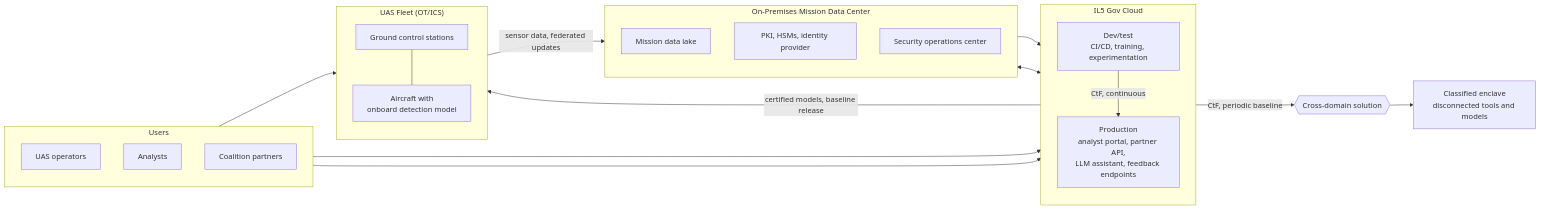
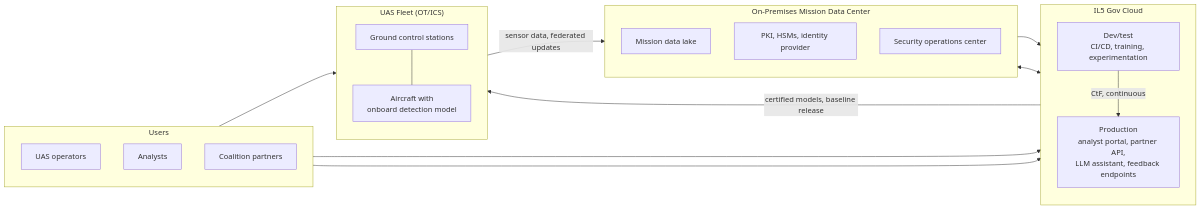
One commit to jessestarkey/Kestrel changed the diagram in README.md. Above: the diagram before and after it, drawn with Mermaid. The commit also changed other lines of this file and 1 other file, not shown here.

````diff
--- a/README.md
+++ b/README.md
@@ -23,42 +22,38 @@
 ```mermaid
 flowchart LR
     subgraph USERS["Users"]
         direction TB
         OPS["UAS operators"]
         ANL["Analysts"]
         PART["Coalition partners"]
     end
 
     subgraph IL5["IL5 Gov Cloud"]
         direction TB
         DEV["Dev/test<br/>CI/CD, training, experimentation"]
         PROD["Production<br/>analyst portal, partner API,<br/>LLM assistant, feedback endpoints"]
         DEV -->|"CtF, continuous"| PROD
     end
 
     subgraph ONPREM["On-Premises Mission Data Center"]
         direction TB
         LAKE["Mission data lake"]
         PKI["PKI, HSMs, identity provider"]
         SOC["Security operations center"]
     end
 
     subgraph FLEET["UAS Fleet (OT/ICS)"]
         direction TB
         GCS["Ground control stations"]
         UAS["Aircraft with<br/>onboard detection model"]
         GCS --- UAS
     end
 
-    CDS{{"Cross-domain solution"}}
-    CLASS["Classified enclave<br/>disconnected tools and models"]
-
     ANL --> PROD
     PART --> PROD
     OPS --> GCS
     PROD <--> LAKE
     UAS -->|"sensor data, federated updates"| LAKE
     LAKE --> DEV
     DEV -->|"certified models, baseline release"| GCS
-    DEV -->|"CtF, periodic baseline"| CDS --> CLASS
 ```
````
